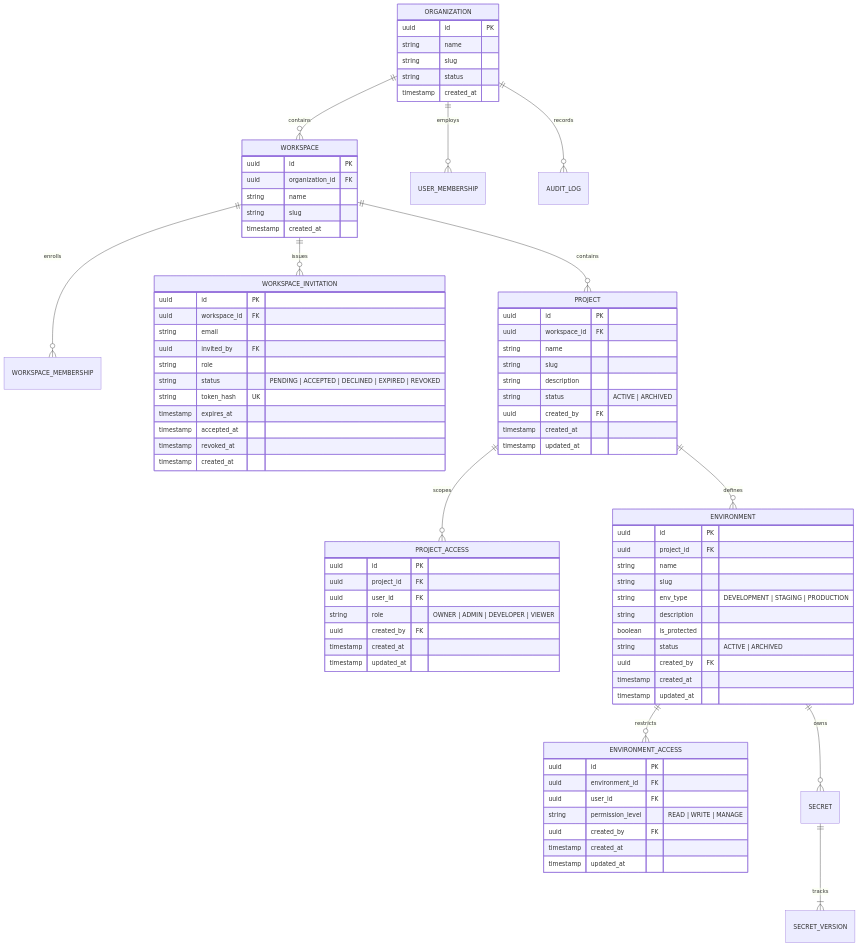
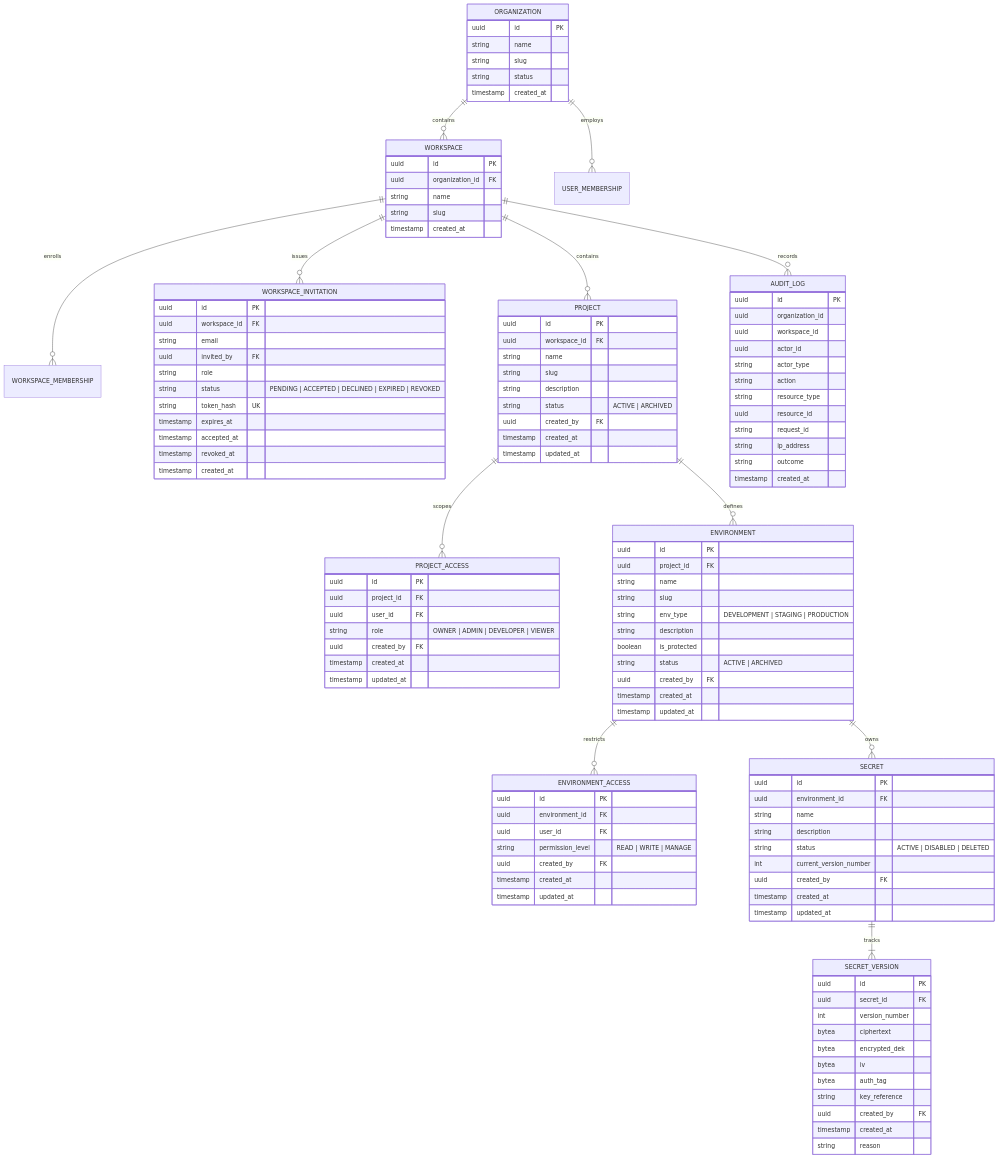
Before and after one commit to Hrushi4151/SecretVault: the diagram in docs/DATABASE.md, drawn with Mermaid. The commit also changed other lines of this file and 8 other files, not shown here.

Commit message:
feat(phase3): complete phase 3 documentation, ADR-010, schema diagrams, and project selector dropdown

````diff
--- a/docs/DATABASE.md
+++ b/docs/DATABASE.md
@@ -41,7 +42,7 @@
     ENVIRONMENT ||--o{ ENVIRONMENT_ACCESS : restricts
     ENVIRONMENT ||--o{ SECRET : owns
     SECRET ||--|{ SECRET_VERSION : tracks
-    ORGANIZATION ||--o{ AUDIT_LOG : records
+    WORKSPACE ||--o{ AUDIT_LOG : records
 
     ORGANIZATION {
         uuid id PK
@@ -118,4 +119,45 @@
         timestamp created_at
         timestamp updated_at
     }
+
+    SECRET {
+        uuid id PK
+        uuid environment_id FK
+        string name
+        string description
+        string status "ACTIVE | DISABLED | DELETED"
+        int current_version_number
+        uuid created_by FK
+        timestamp created_at
+        timestamp updated_at
+    }
+
+    SECRET_VERSION {
+        uuid id PK
+        uuid secret_id FK
+        int version_number
+        bytea ciphertext
+        bytea encrypted_dek
+        bytea iv
+        bytea auth_tag
+        string key_reference
+        uuid created_by FK
+        timestamp created_at
+        string reason
+    }
+
+    AUDIT_LOG {
+        uuid id PK
+        uuid organization_id
+        uuid workspace_id
+        uuid actor_id
+        string actor_type
+        string action
+        string resource_type
+        uuid resource_id
+        string request_id
+        string ip_address
+        string outcome
+        timestamp created_at
+    }
 ```
````
